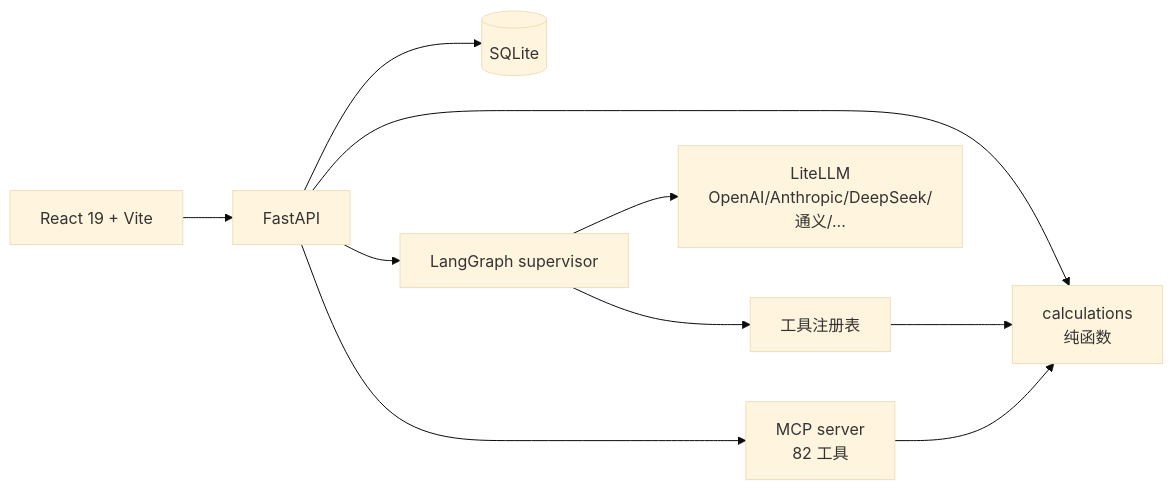
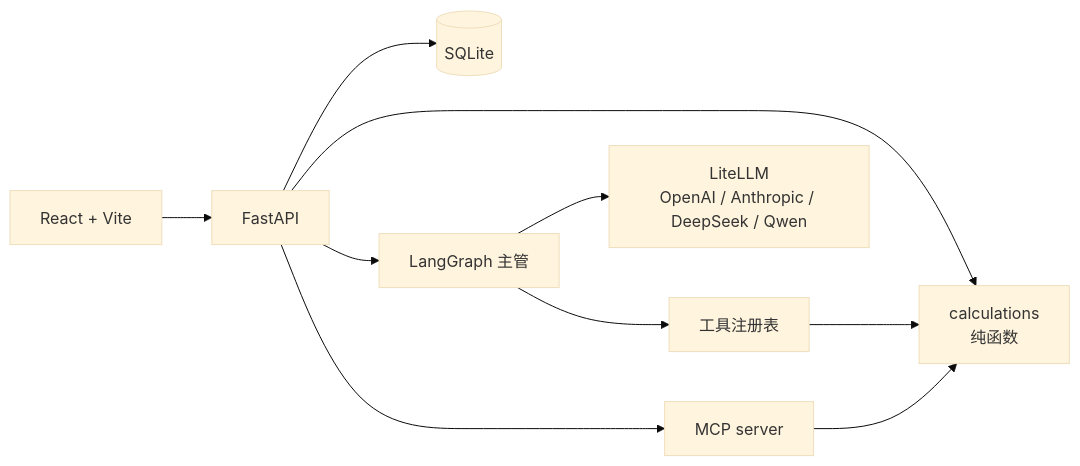
The diagram in README.zh.md (badhope/moneyhelper), drawn with Mermaid (base theme) before and after one commit. The commit also changed other lines of this file and 3 other files, not shown here.

````diff
--- a/README.zh.md
+++ b/README.zh.md
@@ -125,12 +103,12 @@
 ```mermaid
 flowchart LR
-  UI[React 19 + Vite] --> API[FastAPI]
+  UI[React + Vite] --> API[FastAPI]
   API --> CALC[calculations<br/>纯函数]
   API --> DB[(SQLite)]
-  API --> AGENT[LangGraph supervisor]
+  API --> AGENT[LangGraph 主管]
   AGENT --> TOOLS[工具注册表]
   TOOLS --> CALC
-  AGENT --> LLM[LiteLLM<br/>OpenAI/Anthropic/DeepSeek/通义/...]
-  API --> MCP[MCP server<br/>82 工具]
+  AGENT --> LLM[LiteLLM<br/>OpenAI / Anthropic / DeepSeek / Qwen]
+  API --> MCP[MCP server]
   MCP --> CALC
 ```
````
